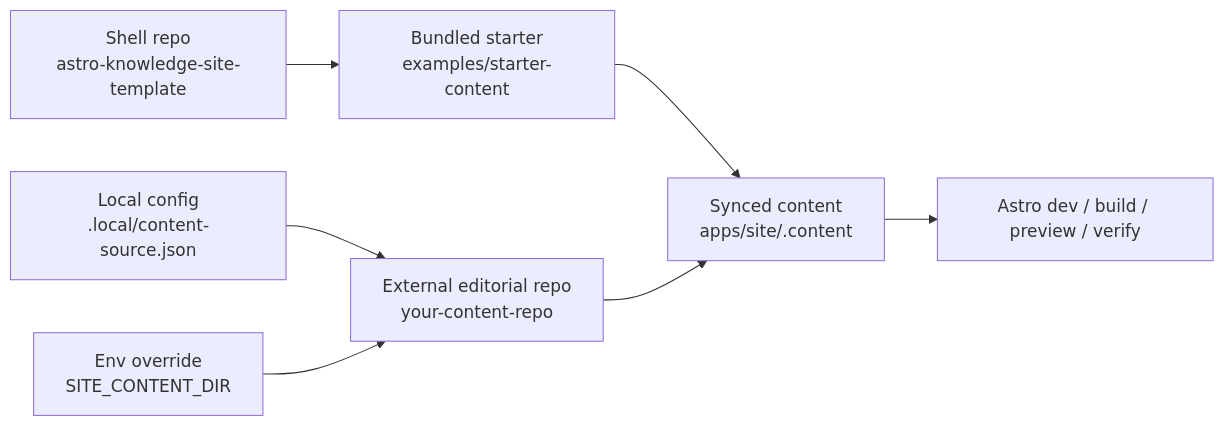
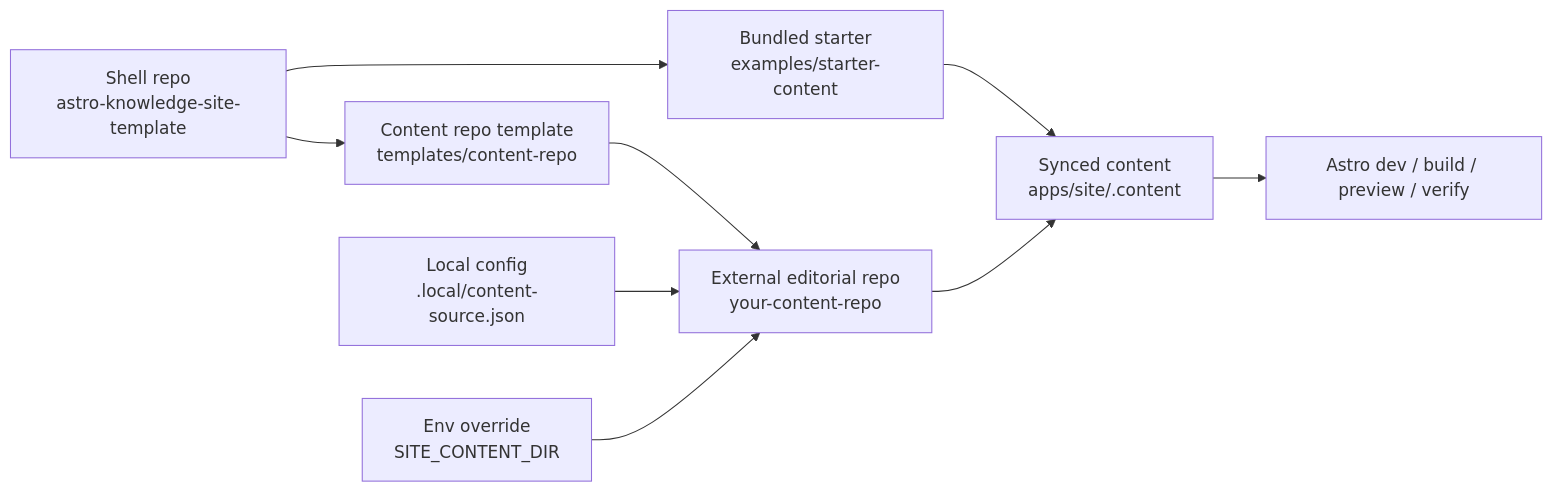
One commit to frontandrews/seniorpath changed the diagram in README.md. Above: the diagram before and after it, drawn with Mermaid. The commit also changed other lines of this file and 12 other files, not shown here.

````diff
--- a/README.md
+++ b/README.md
@@ -166,17 +213,20 @@
 ```mermaid
 flowchart LR
   Shell["Shell repo<br/>astro-knowledge-site-template"]
   Starter["Bundled starter<br/>examples/starter-content"]
+  RepoTemplate["Content repo template<br/>templates/content-repo"]
   External["External editorial repo<br/>your-content-repo"]
   Local["Local config<br/>.local/content-source.json"]
   Env["Env override<br/>SITE_CONTENT_DIR"]
   Synced["Synced content<br/>apps/site/.content"]
   Build["Astro dev / build / preview / verify"]
 
   Shell --> Starter
+  Shell --> RepoTemplate
+  RepoTemplate --> External
   Local --> External
   Env --> External
   Starter --> Synced
   External --> Synced
   Synced --> Build
 ```
````
